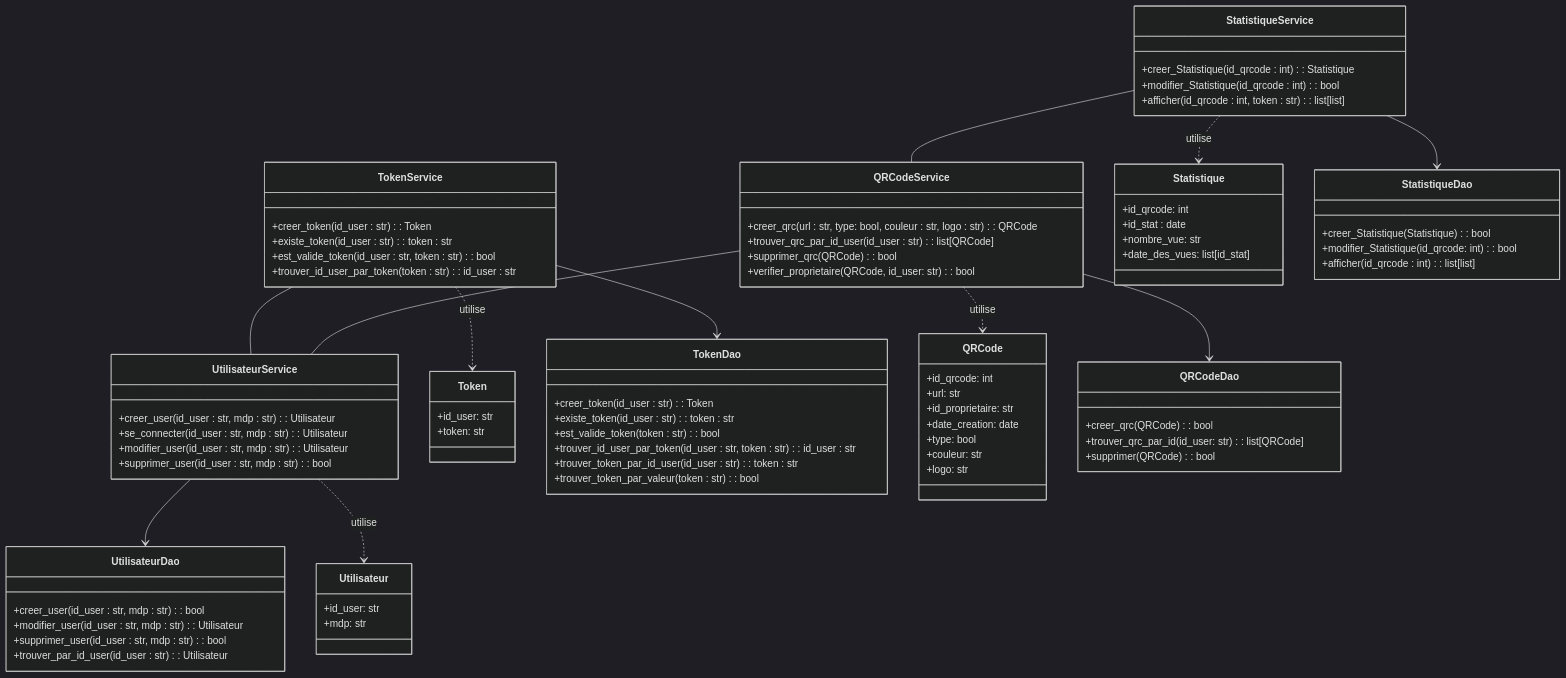
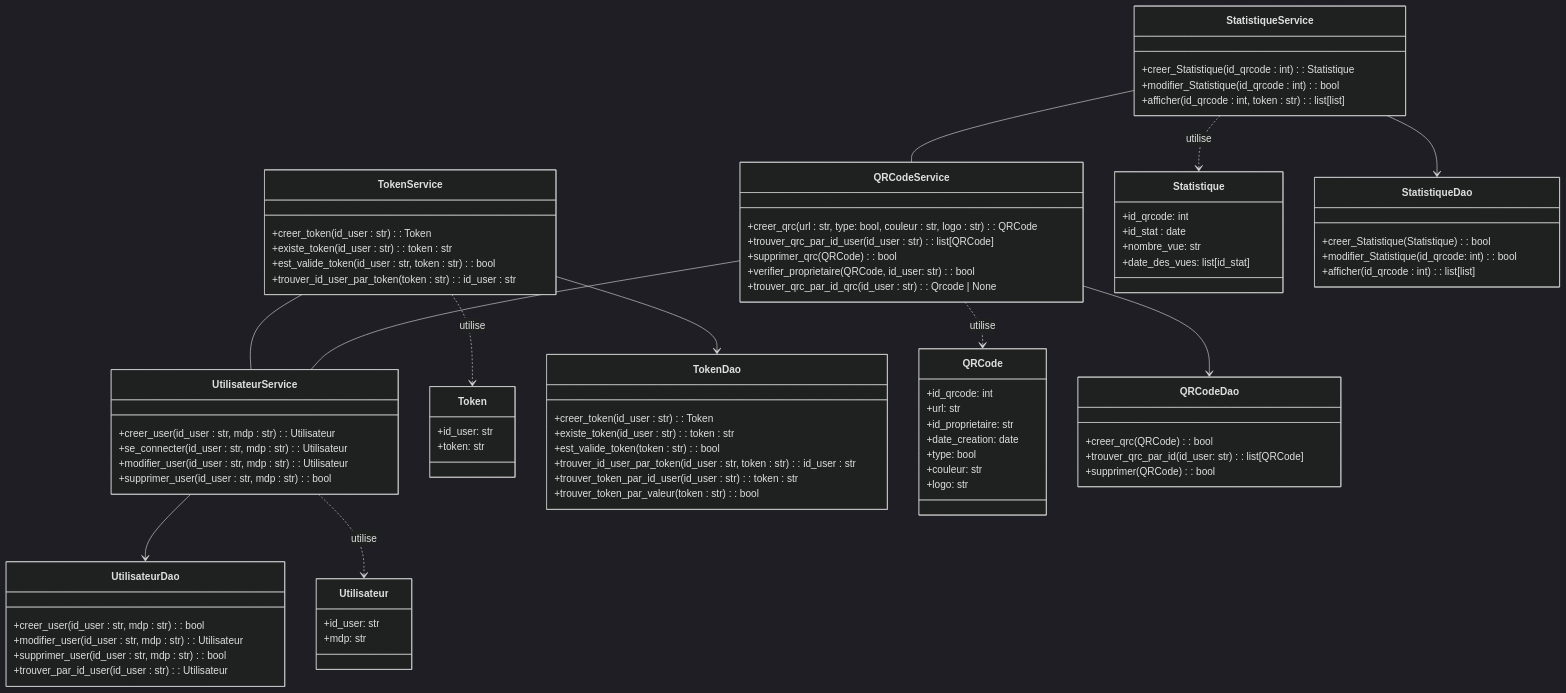
One commit to AdamLaporte/ENSAI-2A-projet-info-groupe-32 changed the diagram in doc/diagrammes/diag_activités/diag_classes/diag_classes_vf.md. Above: the diagram before and after it, drawn with Mermaid (dark theme). The commit also changed 1 other file, not shown here.

Commit message:
test_qrcodeDao V3

```diff
--- a/doc/diagrammes/diag_activités/diag_classes/diag_classes_vf.md
+++ b/doc/diagrammes/diag_activités/diag_classes/diag_classes_vf.md
@@ -74,6 +74,7 @@
         +trouver_qrc_par_id_user(id_user : str): list[QRCode]
         +supprimer_qrc(QRCode): bool
         +verifier_proprietaire(QRCode, id_user: str): bool
+        +trouver_qrc_par_id_qrc(id_user : str): Qrcode | None
     }
 
     class QRCodeDao {
```
